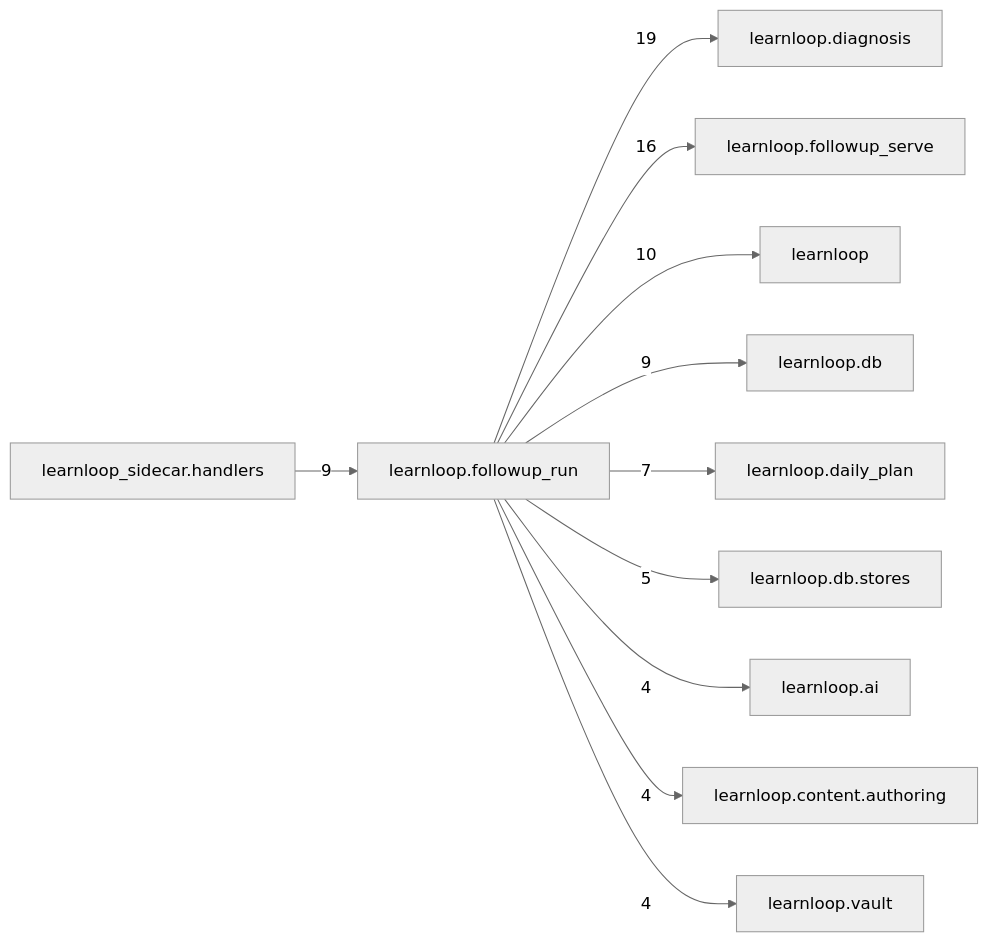
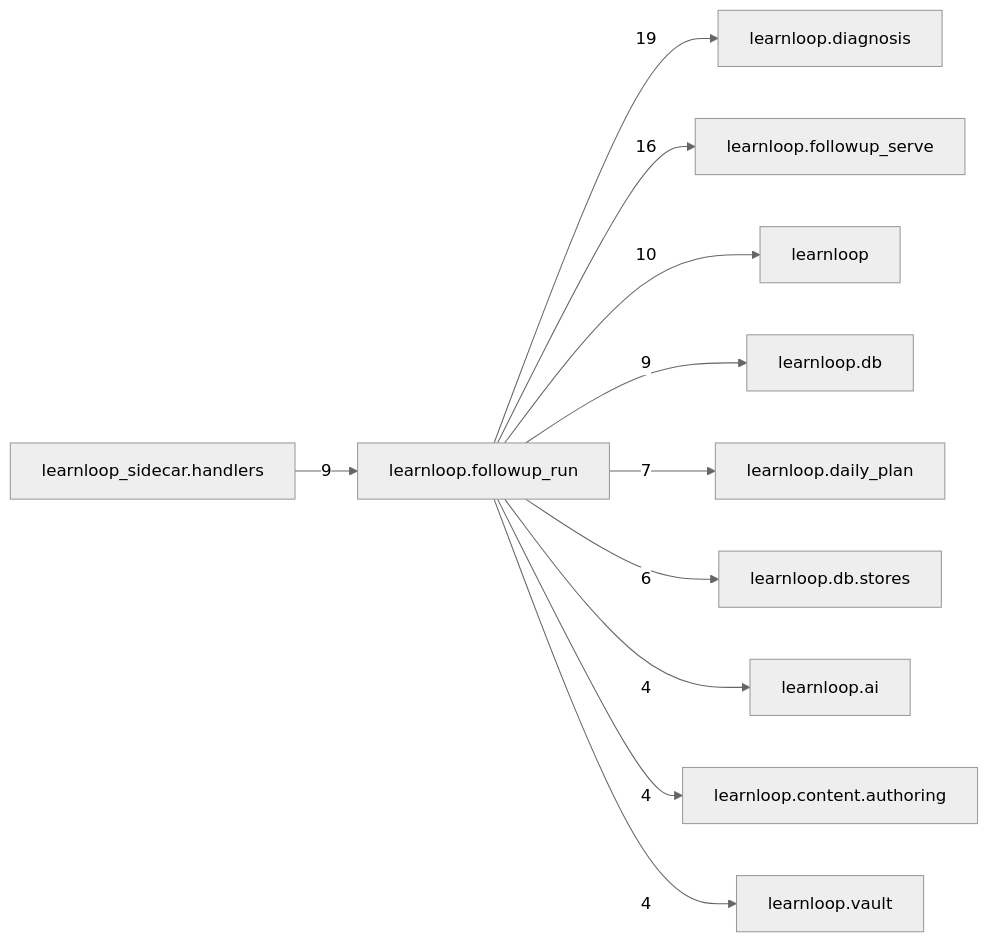
One commit to 6up-b/learnanything changed the diagram in docs/learnloop-architecture-vault/Reference/Modules/learnloop/followup_run/_package.md. Above: the diagram before and after it, drawn with Mermaid (neutral theme). The commit also changed other lines of this file and 55 other files, not shown here.

````diff
--- a/docs/learnloop-architecture-vault/Reference/Modules/learnloop/followup_run/_package.md
+++ b/docs/learnloop-architecture-vault/Reference/Modules/learnloop/followup_run/_package.md
@@ -98,24 +98,24 @@
 ```mermaid
 flowchart LR
     center["learnloop.followup_run"]
     n_learnloop_diagnosis["learnloop.diagnosis"]
     n_learnloop_followup_serve["learnloop.followup_serve"]
     n_learnloop["learnloop"]
     n_learnloop_db["learnloop.db"]
     n_learnloop_sidecar_handlers["learnloop_sidecar.handlers"]
     n_learnloop_daily_plan["learnloop.daily_plan"]
     n_learnloop_db_stores["learnloop.db.stores"]
     n_learnloop_ai["learnloop.ai"]
     n_learnloop_content_authoring["learnloop.content.authoring"]
     n_learnloop_vault["learnloop.vault"]
     center -->|19| n_learnloop_diagnosis
     center -->|16| n_learnloop_followup_serve
     center -->|10| n_learnloop
     center -->|9| n_learnloop_db
     n_learnloop_sidecar_handlers -->|9| center
     center -->|7| n_learnloop_daily_plan
-    center -->|5| n_learnloop_db_stores
+    center -->|6| n_learnloop_db_stores
     center -->|4| n_learnloop_ai
     center -->|4| n_learnloop_content_authoring
     center -->|4| n_learnloop_vault
 ```
````
